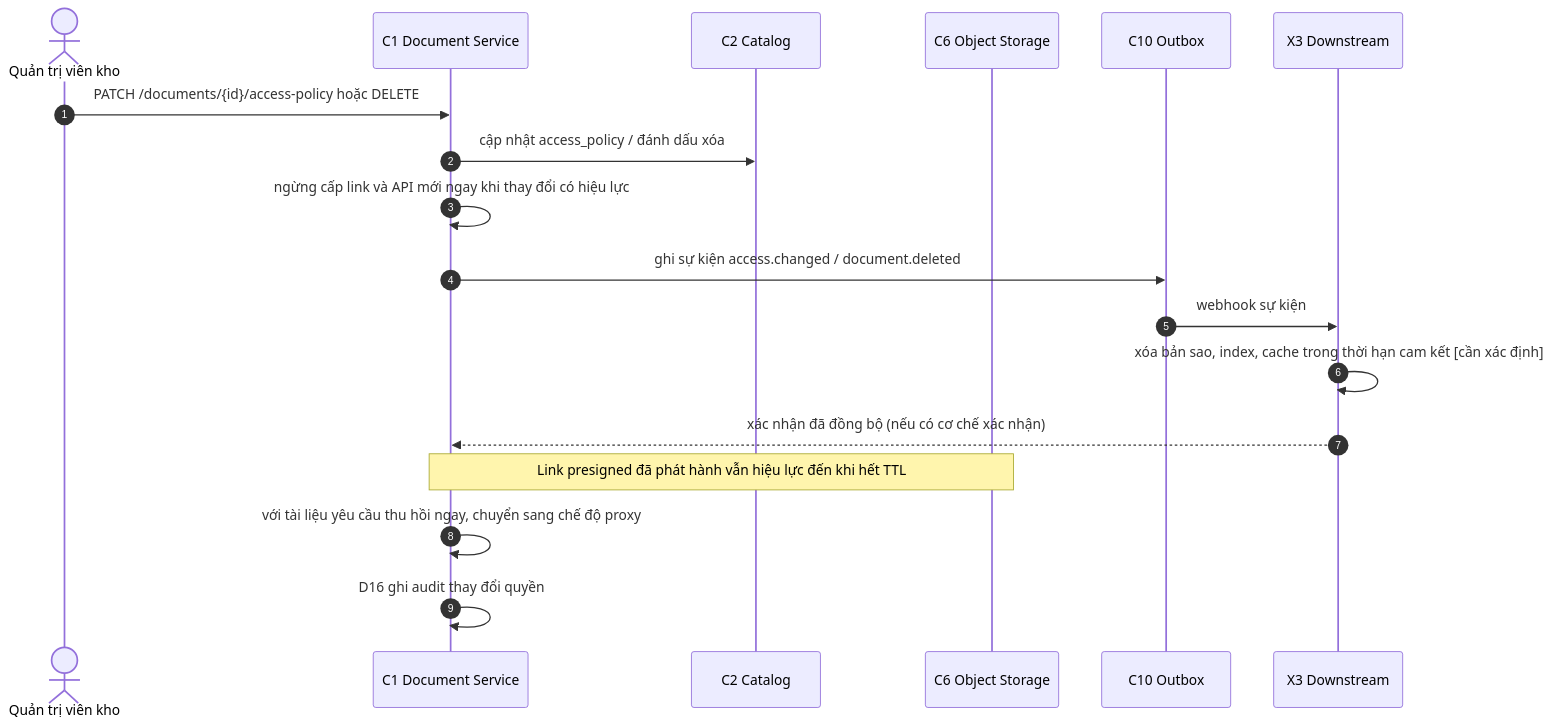
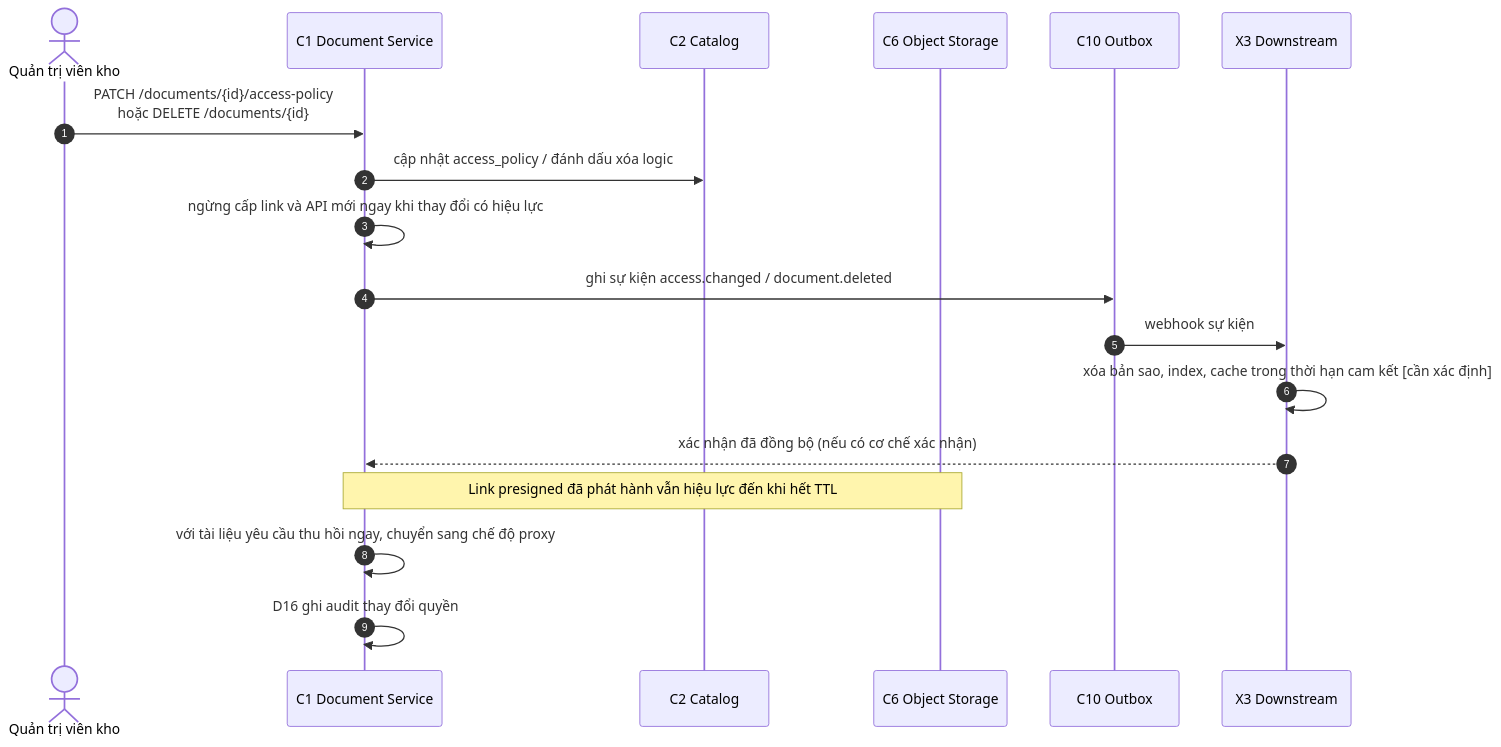
The fifth of 8 diagrams in docs/c4-05-dynamic-views.md (Phanlacan12/raw-storage), drawn with Mermaid before and after one commit. The commit also changed other lines of this file and 12 other files, not shown here.

````diff
--- a/docs/c4-05-dynamic-views.md
+++ b/docs/c4-05-dynamic-views.md
@@ -164,21 +180,21 @@
 ```mermaid
 sequenceDiagram
     autonumber
     actor AD as Quản trị viên kho
     participant DS as C1 Document Service
     participant CAT as C2 Catalog
     participant S3 as C6 Object Storage
     participant OB as C10 Outbox
     participant KB as X3 Downstream
 
-    AD->>DS: PATCH /documents/{id}/access-policy hoặc DELETE
-    DS->>CAT: cập nhật access_policy / đánh dấu xóa
+    AD->>DS: PATCH /documents/{id}/access-policy<br/>hoặc DELETE /documents/{id}
+    DS->>CAT: cập nhật access_policy / đánh dấu xóa logic
     DS->>DS: ngừng cấp link và API mới ngay khi thay đổi có hiệu lực
     DS->>OB: ghi sự kiện access.changed / document.deleted
     OB->>KB: webhook sự kiện
     KB->>KB: xóa bản sao, index, cache trong thời hạn cam kết [cần xác định]
     KB-->>DS: xác nhận đã đồng bộ (nếu có cơ chế xác nhận)
     Note over DS,S3: Link presigned đã phát hành vẫn hiệu lực đến khi hết TTL
     DS->>DS: với tài liệu yêu cầu thu hồi ngay, chuyển sang chế độ proxy
     DS->>DS: D16 ghi audit thay đổi quyền
 ```
````
